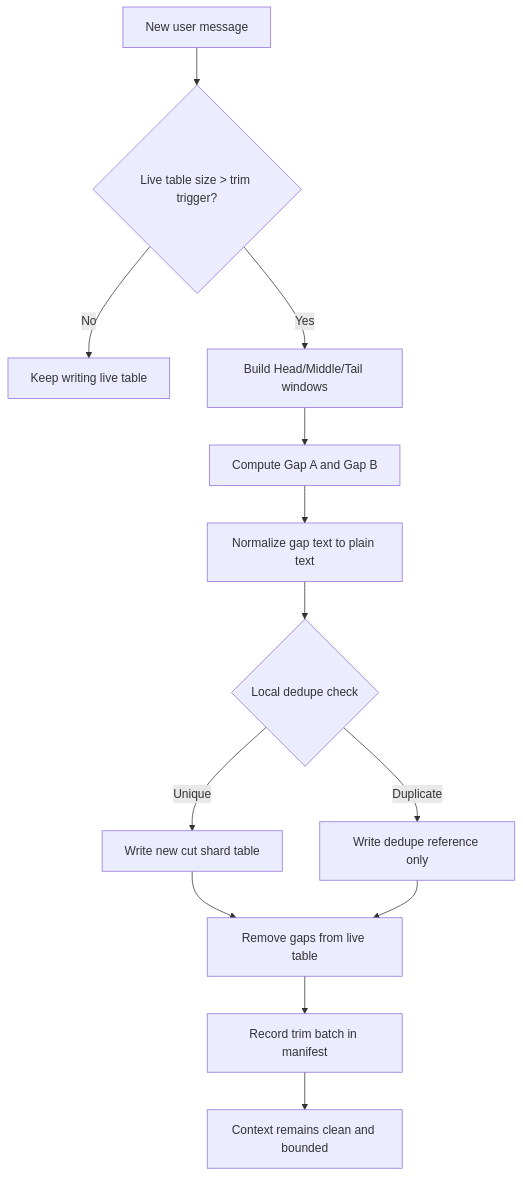
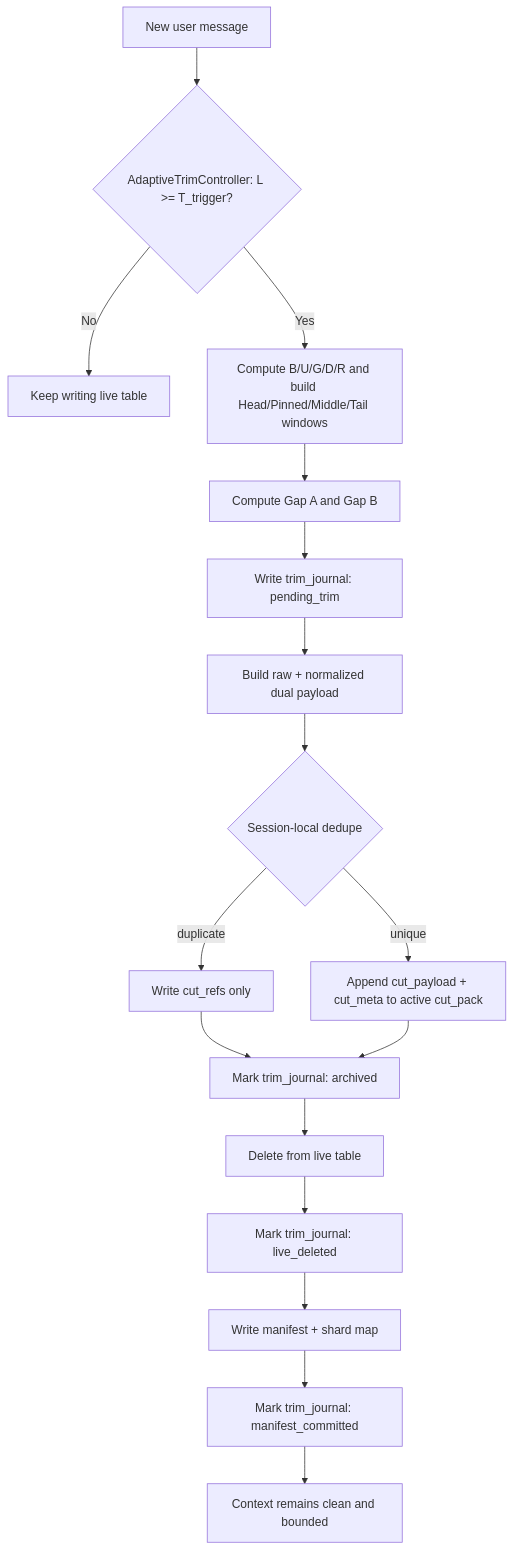
Before and after one commit to petehsu/Lyra: the first of 2 diagrams in lyra-core-v1/06-Memory-Architecture.md, drawn with Mermaid. The commit also changed other lines of this file and 2022 other files, not shown here.

````diff
--- a/lyra-core-v1/06-Memory-Architecture.md
+++ b/lyra-core-v1/06-Memory-Architecture.md
@@ -296,15 +552,19 @@
 ```mermaid
 flowchart TD
-  A[New user message] --> B{Live table size > trim trigger?}
+  A[New user message] --> B{AdaptiveTrimController: L >= T_trigger?}
   B -- No --> C[Keep writing live table]
-  B -- Yes --> D[Build Head/Middle/Tail windows]
+  B -- Yes --> D[Compute B/U/G/D/R and build Head/Pinned/Middle/Tail windows]
   D --> E[Compute Gap A and Gap B]
-  E --> F[Normalize gap text to plain text]
-  F --> K{Local dedupe check}
-  K -- Duplicate --> L[Write dedupe reference only]
-  K -- Unique --> G[Write new cut shard table]
-  G --> H[Remove gaps from live table]
-  L --> H
-  H --> I[Record trim batch in manifest]
-  I --> J[Context remains clean and bounded]
+  E --> F[Write trim_journal: pending_trim]
+  F --> G[Build raw + normalized dual payload]
+  G --> H{Session-local dedupe}
+  H -- duplicate --> I[Write cut_refs only]
+  H -- unique --> J[Append cut_payload + cut_meta to active cut_pack]
+  I --> K[Mark trim_journal: archived]
+  J --> K
+  K --> L[Delete from live table]
+  L --> M[Mark trim_journal: live_deleted]
+  M --> N[Write manifest + shard map]
+  N --> O[Mark trim_journal: manifest_committed]
+  O --> P[Context remains clean and bounded]
 ```
````
